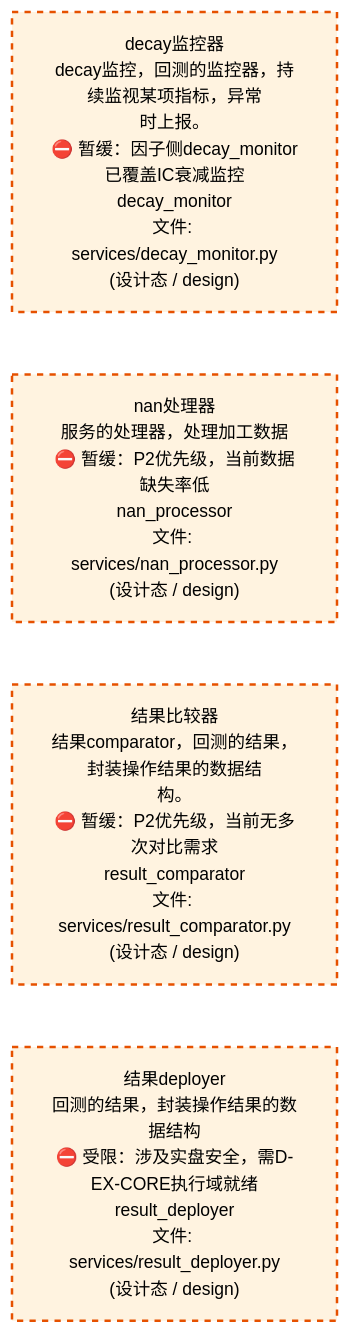
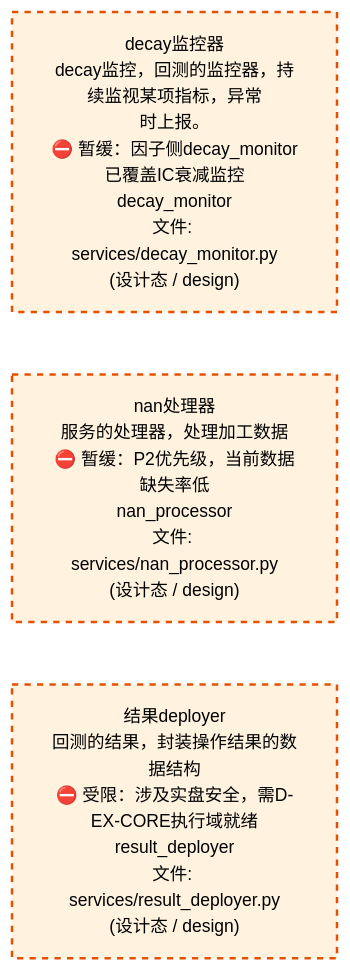
Before and after one commit to xuanFelixVan/ZephyrAlpha: the third of 4 diagrams in docs/02_enterprise_architecture/02_domain_architecture_docs/35_d_backtest.md, drawn with Mermaid. The commit also changed other lines of this file and 46 other files, not shown here.

````diff
--- a/docs/02_enterprise_architecture/02_domain_architecture_docs/35_d_backtest.md
+++ b/docs/02_enterprise_architecture/02_domain_architecture_docs/35_d_backtest.md
@@ -294,16 +304,14 @@
 ```mermaid
 %%{init: {'theme': 'base', 'themeVariables': {'primaryColor': '#eaeaea', 'primaryTextColor': '#333333', 'primaryBorderColor': '#666666', 'lineColor': '#666666', 'secondaryColor': '#eaeaea', 'tertiaryColor': '#eaeaea', 'fontSize': '14px'}}}%%
 flowchart TD
     src_zephyr_backtest_services_decay_monitor_py["decay监控器<br/>decay监控，回测的监控器，持续监视某项指标，异常<br/>时上报。<br/>⛔ 暂缓：因子侧decay_monitor已覆盖IC衰减监控<br/>decay_monitor<br/>文件: services/decay_monitor.py<br/>(设计态 / design)"]
     src_zephyr_backtest_services_nan_processor_py["nan处理器<br/>服务的处理器，处理加工数据<br/>⛔ 暂缓：P2优先级，当前数据缺失率低<br/>nan_processor<br/>文件: services/nan_processor.py<br/>(设计态 / design)"]
-    src_zephyr_backtest_services_result_comparator_py["结果比较器<br/>结果comparator，回测的结果，封装操作结果的数据结<br/>构。<br/>⛔ 暂缓：P2优先级，当前无多次对比需求<br/>result_comparator<br/>文件: services/result_comparator.py<br/>(设计态 / design)"]
     src_zephyr_backtest_services_result_deployer_py["结果deployer<br/>回测的结果，封装操作结果的数据结构<br/>⛔ 受限：涉及实盘安全，需D-EX-CORE执行域就绪<br/>result_deployer<br/>文件: services/result_deployer.py<br/>(设计态 / design)"]
     src_zephyr_backtest_services_decay_monitor_py ~~~ src_zephyr_backtest_services_nan_processor_py
-    src_zephyr_backtest_services_nan_processor_py ~~~ src_zephyr_backtest_services_result_comparator_py
-    src_zephyr_backtest_services_result_comparator_py ~~~ src_zephyr_backtest_services_result_deployer_py
+    src_zephyr_backtest_services_nan_processor_py ~~~ src_zephyr_backtest_services_result_deployer_py
     classDef production fill:#e1f5fe,stroke:#01579b,stroke-width:2px,color:#000
     classDef design fill:#fff3e0,stroke:#e65100,stroke-width:2px,color:#000,stroke-dasharray: 5 5
     classDef external_prod fill:#e8f4fd,stroke:#0277bd,stroke-width:1px,color:#000
     classDef external_design fill:#fff8e7,stroke:#ef6c00,stroke-width:1px,color:#000,stroke-dasharray: 5 5
-    class src_zephyr_backtest_services_decay_monitor_py,src_zephyr_backtest_services_nan_processor_py,src_zephyr_backtest_services_result_comparator_py,src_zephyr_backtest_services_result_deployer_py design
+    class src_zephyr_backtest_services_decay_monitor_py,src_zephyr_backtest_services_nan_processor_py,src_zephyr_backtest_services_result_deployer_py design
 ```
````
